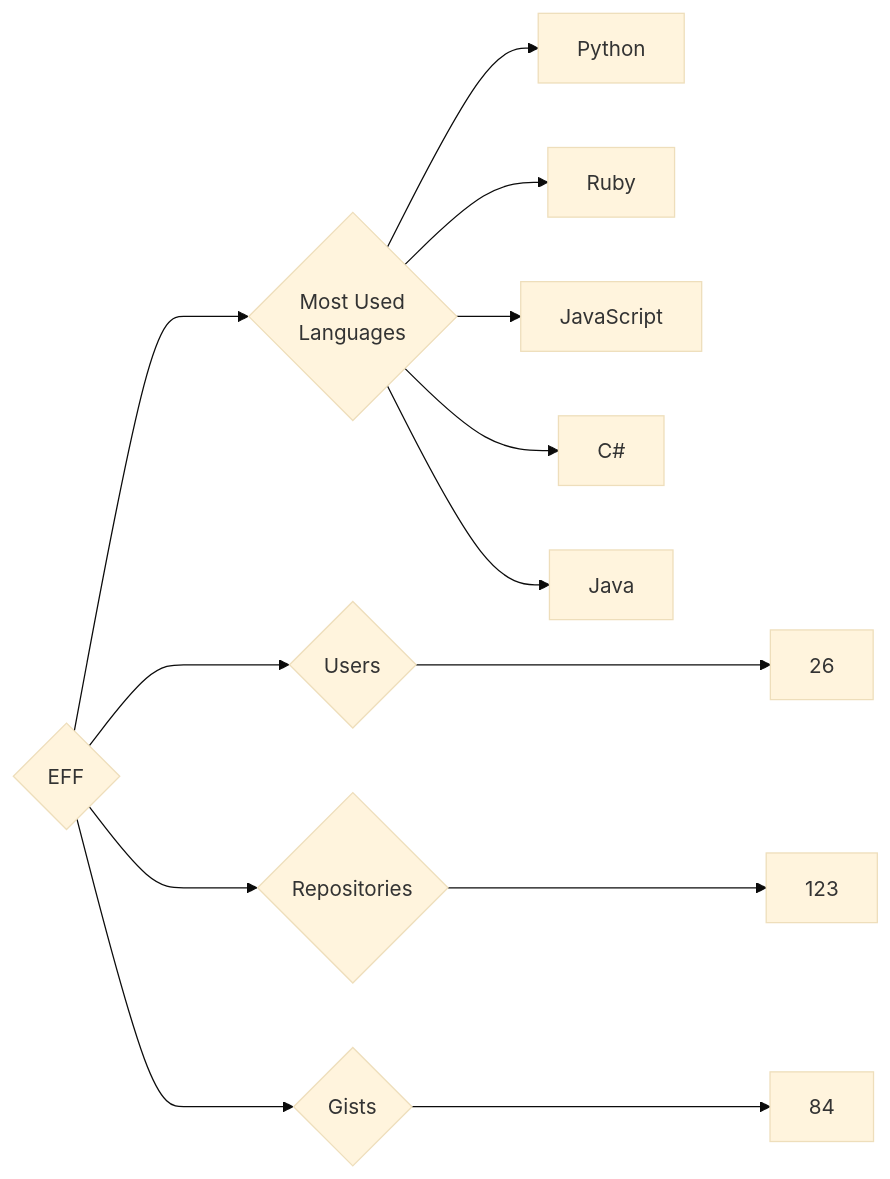
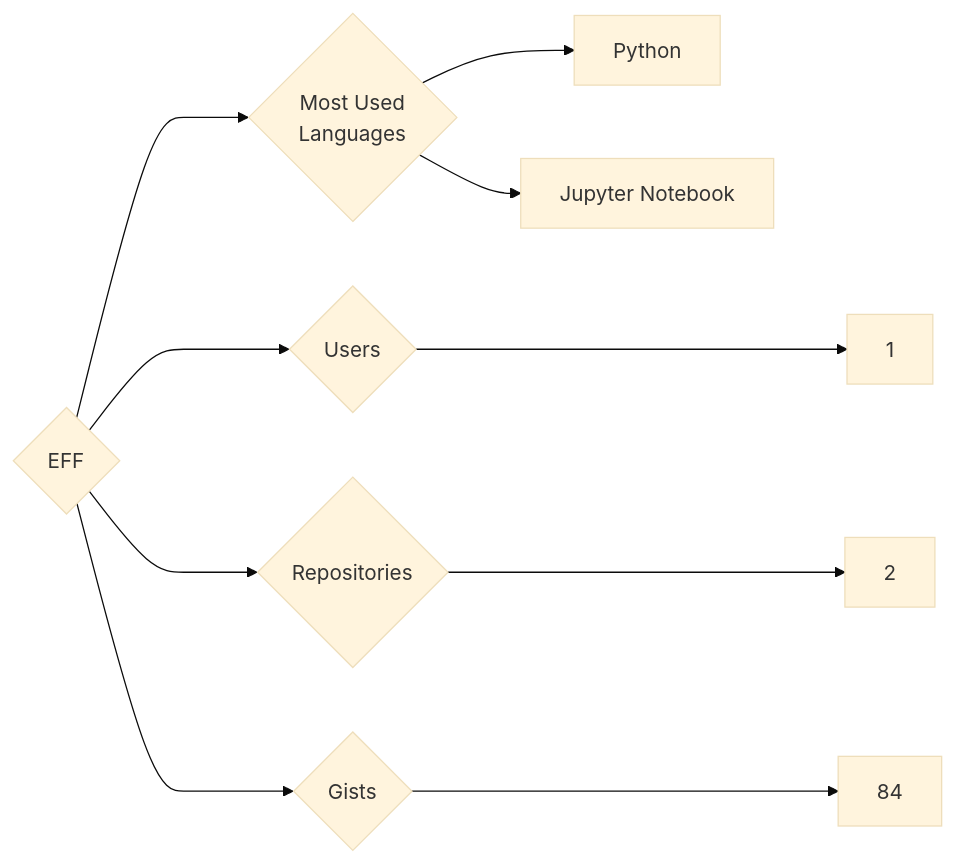
Before and after one commit to trickest/insiders: the diagram in targets/EFF/README.md, drawn with Mermaid (base theme). The commit also changed 899 other files, not shown here.

````diff
--- a/targets/EFF/README.md
+++ b/targets/EFF/README.md
@@ -3,13 +3,10 @@
 ```mermaid
 graph LR
 COMPANY_NAME{EFF}
-COMPANY_NAME ---> U{Users} ---> UN[26]
-COMPANY_NAME ---> R{Repositories} ---> RN[123]
+COMPANY_NAME ---> U{Users} ---> UN[1]
+COMPANY_NAME ---> R{Repositories} ---> RN[2]
 COMPANY_NAME ---> G{Gists} ---> GN[84]
 COMPANY_NAME ---> ML{Most Used<br>Languages}
 ML --> Python[Python]
-ML --> Ruby[Ruby]
-ML --> JavaScript[JavaScript]
-ML --> C#[C#]
-ML --> Java[Java]
+ML --> Jupyter_Notebook[Jupyter Notebook]
 ```
````
